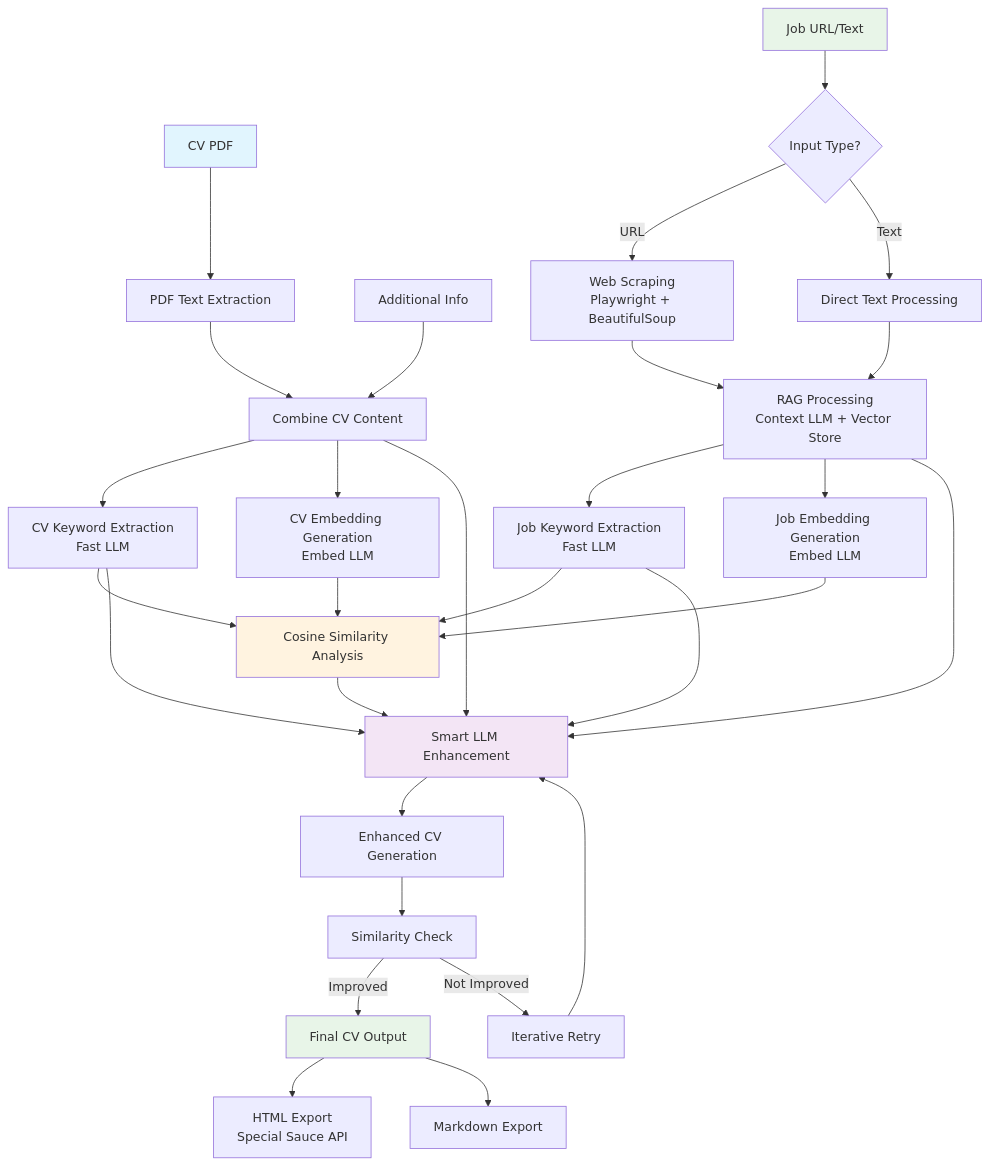
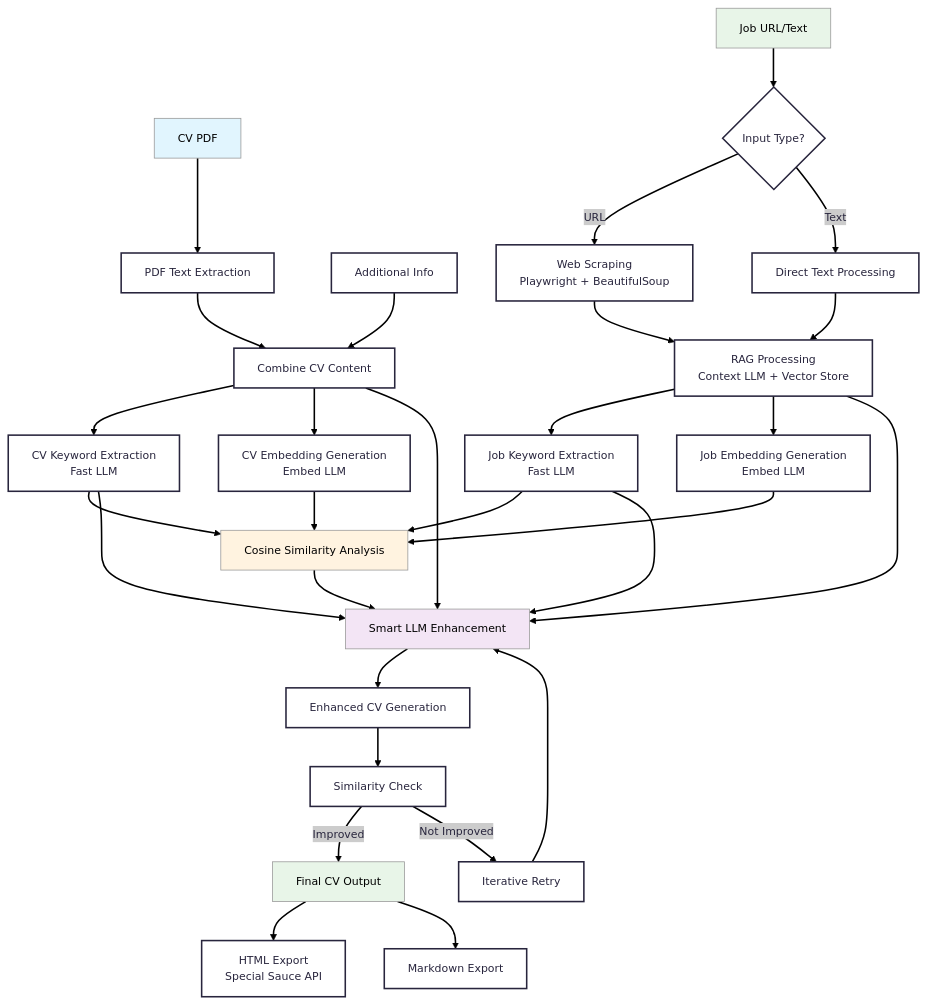
One commit to Creative-Geek/Knitty changed the diagram in README.md. Above: the diagram before and after it, drawn with Mermaid.

Commit message:
Update flowchart to enhance diagram clarity
Some blocks were white on white and were barely visible, this commit fixes that

````diff
--- a/README.md
+++ b/README.md
@@ -34,42 +34,40 @@
 ```mermaid
-graph TD
-    A[CV PDF] --> B[PDF Text Extraction]
-    A1[Additional Info] --> B1[Combine CV Content]
+---
+config:
+  theme: redux
+---
+flowchart TD
+    A["CV PDF"] --> B["PDF Text Extraction"]
+    A1["Additional Info"] --> B1["Combine CV Content"]
     B --> B1
-    B1 --> C[CV Keyword Extraction<br/>Fast LLM]
-    B1 --> D[CV Embedding Generation<br/>Embed LLM]
-
-    E[Job URL/Text] --> F{Input Type?}
-    F -->|URL| G[Web Scraping<br/>Playwright + BeautifulSoup]
-    F -->|Text| H[Direct Text Processing]
-    G --> I[RAG Processing<br/>Context LLM + Vector Store]
+    B1 --> C["CV Keyword Extraction<br>Fast LLM"] & D["CV Embedding Generation<br>Embed LLM"] & M["Smart LLM Enhancement"]
+    E["Job URL/Text"] --> F{"Input Type?"}
+    F -- URL --> G["Web Scraping<br>Playwright + BeautifulSoup"]
+    F -- Text --> H["Direct Text Processing"]
+    G --> I["RAG Processing<br>Context LLM + Vector Store"]
     H --> I
-    I --> J[Job Keyword Extraction<br/>Fast LLM]
-    I --> K[Job Embedding Generation<br/>Embed LLM]
-
-    C --> L[Cosine Similarity Analysis]
+    I --> J["Job Keyword Extraction<br>Fast LLM"] & K["Job Embedding Generation<br>Embed LLM"] & M
+    C --> L["Cosine Similarity Analysis"] & M
     D --> L
-    J --> L
+    J --> L & M
     K --> L
-
-    L --> M[Smart LLM Enhancement]
-    B1 --> M
-    I --> M
-    C --> M
-    J --> M
-
-    M --> N[Enhanced CV Generation]
-    N --> O[Similarity Check]
-    O -->|Improved| P[Final CV Output]
-    O -->|Not Improved| Q[Iterative Retry]
+    L --> M
+    M --> N["Enhanced CV Generation"]
+    N --> O["Similarity Check"]
+    O -- Improved --> P["Final CV Output"]
+    O -- Not Improved --> Q["Iterative Retry"]
     Q --> M
-
-    P --> R[HTML Export<br/>Special Sauce API]
-    P --> S[Markdown Export]
-
+    P --> R["HTML Export<br>Special Sauce API"] & S["Markdown Export"]
+     A:::Ash
+     M:::Ash
+     E:::Ash
+     L:::Ash
+     P:::Ash
+    classDef Ash stroke-width:1px, stroke-dasharray:none, stroke:#999999, fill:#EEEEEE, color:#000000
     style A fill:#e1f5fe
+    style M fill:#f3e5f5
     style E fill:#e8f5e8
     style L fill:#fff3e0
-    style M fill:#f3e5f5
     style P fill:#e8f5e8
+
 ```
````
